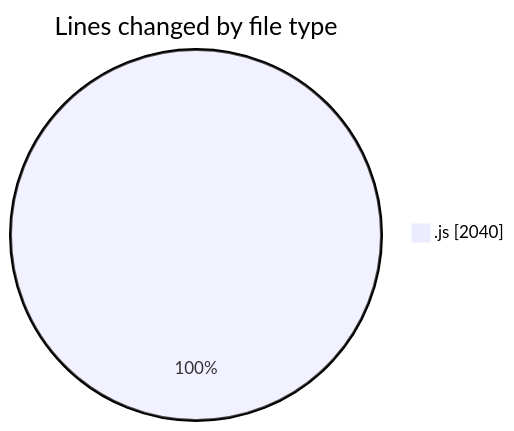
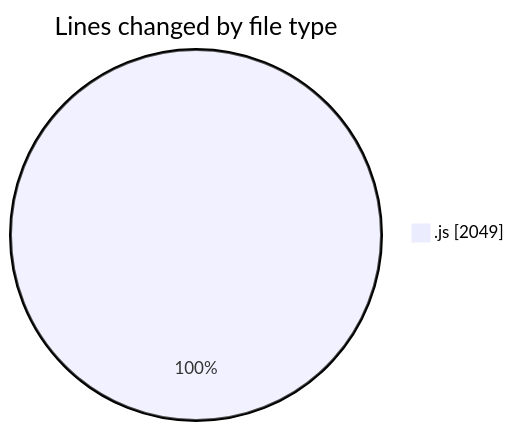
Before and after one commit to nxtqubesakshisongat/code-tracking: the first of 2 diagrams in 2025-10-15/nxtqube_webapp/README.md, drawn with Mermaid. The commit also changed other lines of this file and 1 other file, not shown here.

````diff
--- a/2025-10-15/nxtqube_webapp/README.md
+++ b/2025-10-15/nxtqube_webapp/README.md
@@ -20,5 +20,5 @@
 ```mermaid
 pie showData
 title Lines changed by file type
-".js" : 2040
+".js" : 2049
 ```
````
